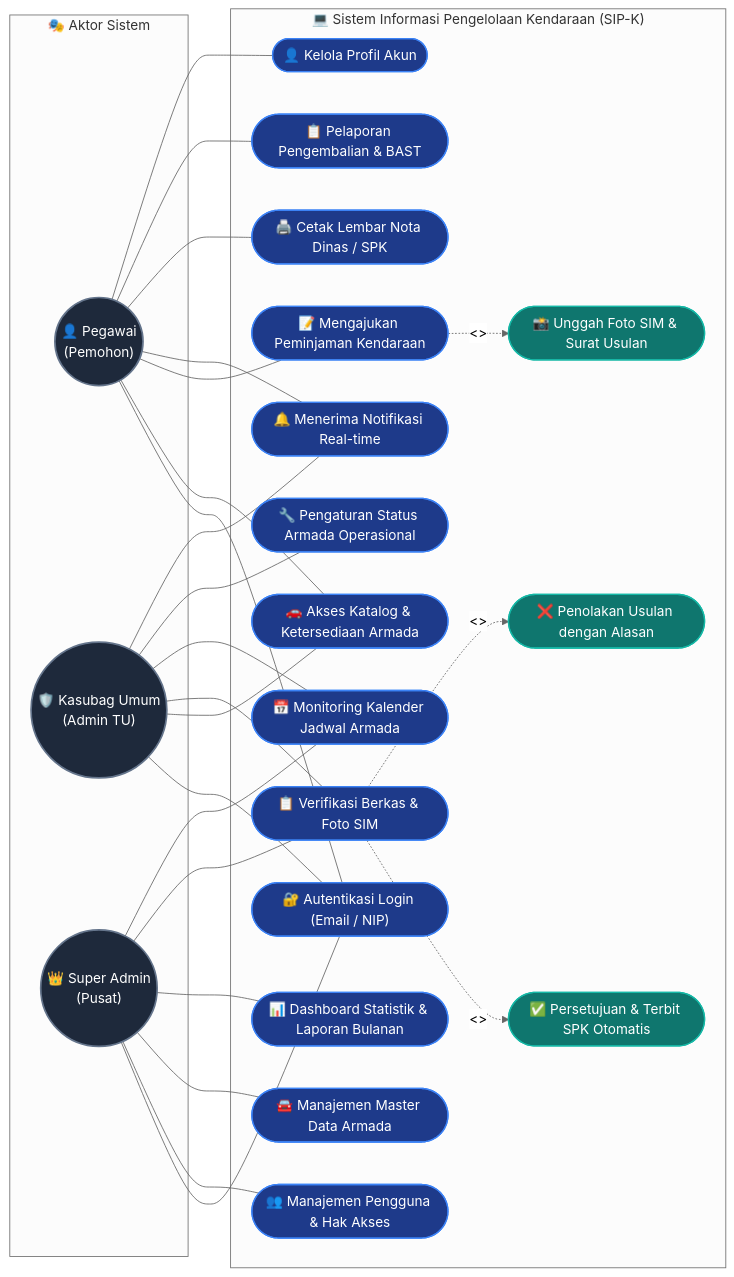
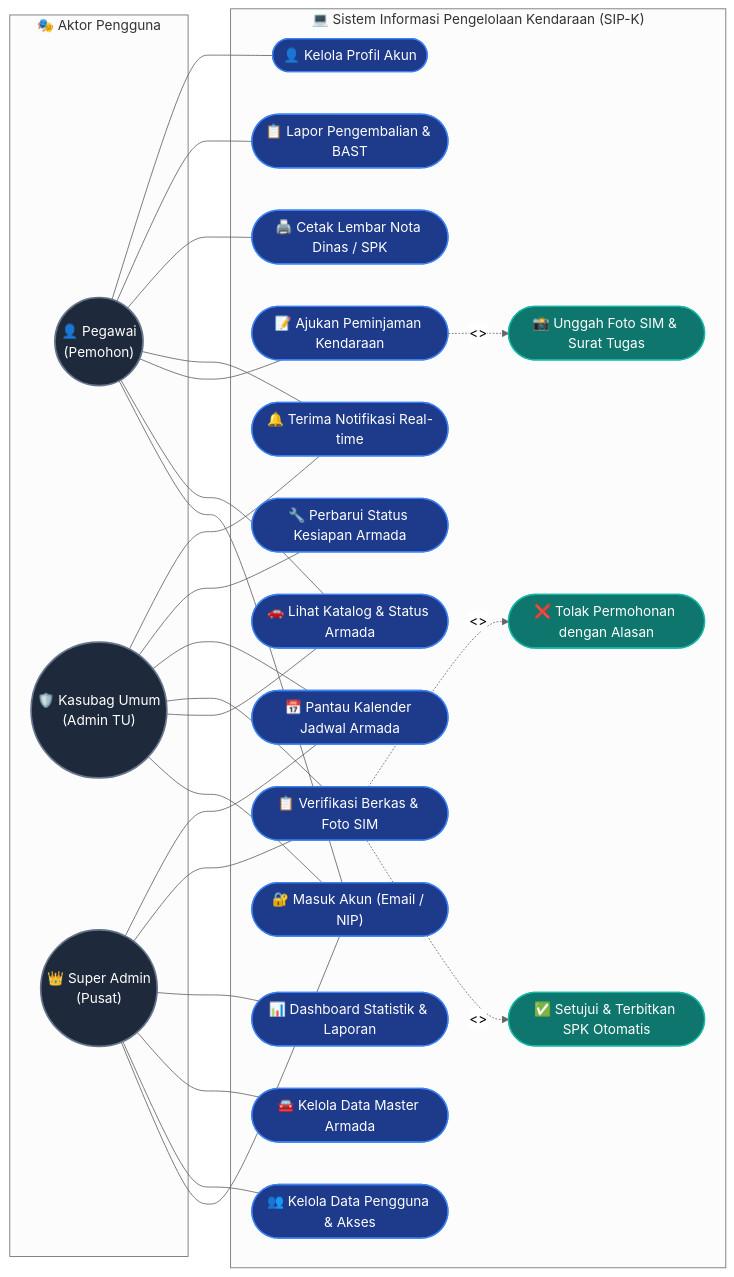
Before and after one commit to ahdewa/Sip-k: the first of 3 diagrams in README.md, drawn with Mermaid (neutral theme). The commit also changed other lines of this file, not shown here.

Commit message:
docs: terjemahkan seluruh diagram dan dokumentasi README ke Bahasa Indonesia baku

````diff
--- a/README.md
+++ b/README.md
@@ -67,69 +67,69 @@
 ```mermaid
 flowchart LR
-    subgraph AKTOR["🎭 Aktor Sistem"]
+    subgraph AKTOR["🎭 Aktor Pengguna"]
         Pegawai(("👤 Pegawai<br/>(Pemohon)"))
         Kasubag(("🛡️ Kasubag Umum<br/>(Admin TU)"))
         SuperAdmin(("👑 Super Admin<br/>(Pusat)"))
     end
 
-    subgraph SYSTEM["💻 Sistem Informasi Pengelolaan Kendaraan (SIP-K)"]
-        UC_Auth(["🔐 Autentikasi Login (Email / NIP)"])
-        UC_Catalog(["🚗 Akses Katalog & Ketersediaan Armada"])
-        UC_Loan(["📝 Mengajukan Peminjaman Kendaraan"])
-        UC_UploadSIM(["📸 Unggah Foto SIM & Surat Usulan"])
-        UC_Notif(["🔔 Menerima Notifikasi Real-time"])
+    subgraph SISTEM["💻 Sistem Informasi Pengelolaan Kendaraan (SIP-K)"]
+        UC_Auth(["🔐 Masuk Akun (Email / NIP)"])
+        UC_Catalog(["🚗 Lihat Katalog & Status Armada"])
+        UC_Loan(["📝 Ajukan Peminjaman Kendaraan"])
+        UC_UploadSIM(["📸 Unggah Foto SIM & Surat Tugas"])
+        UC_Notif(["🔔 Terima Notifikasi Real-time"])
         UC_PrintND(["🖨️ Cetak Lembar Nota Dinas / SPK"])
-        UC_Return(["📋 Pelaporan Pengembalian & BAST"])
+        UC_Return(["📋 Lapor Pengembalian & BAST"])
         UC_Profile(["👤 Kelola Profil Akun"])
 
         UC_Verify(["📋 Verifikasi Berkas & Foto SIM"])
-        UC_Approve(["✅ Persetujuan & Terbit SPK Otomatis"])
-        UC_Reject(["❌ Penolakan Usulan dengan Alasan"])
-        UC_Calendar(["📅 Monitoring Kalender Jadwal Armada"])
-        UC_AssetStatus(["🔧 Pengaturan Status Armada Operasional"])
+        UC_Approve(["✅ Setujui & Terbitkan SPK Otomatis"])
+        UC_Reject(["❌ Tolak Permohonan dengan Alasan"])
+        UC_Calendar(["📅 Pantau Kalender Jadwal Armada"])
+        UC_AssetStatus(["🔧 Perbarui Status Kesiapan Armada"])
 
-        UC_ManageUser(["👥 Manajemen Pengguna & Hak Akses"])
-        UC_ManageVehicle(["🚘 Manajemen Master Data Armada"])
-        UC_Analytics(["📊 Dashboard Statistik & Laporan Bulanan"])
+        UC_ManageUser(["👥 Kelola Data Pengguna & Akses"])
+        UC_ManageVehicle(["🚘 Kelola Data Master Armada"])
+        UC_Analytics(["📊 Dashboard Statistik & Laporan"])
     end
 
     %% Hubungan Pegawai (Pemohon)
     Pegawai --- UC_Auth
     Pegawai --- UC_Catalog
     Pegawai --- UC_Loan
     Pegawai --- UC_Notif
     Pegawai --- UC_PrintND
     Pegawai --- UC_Return
     Pegawai --- UC_Profile
 
-    %% Include relasi peminjaman
-    UC_Loan -.->|"<<include>>"| UC_UploadSIM
+    %% Relasi include peminjaman
+    UC_Loan -.->|"<<meliputi>>"| UC_UploadSIM
 
-    %% Hubungan Kasubag Umum (Admin)
+    %% Hubungan Kasubag Umum (Admin TU)
     Kasubag --- UC_Auth
     Kasubag --- UC_Catalog
     Kasubag --- UC_Verify
     Kasubag --- UC_Calendar
     Kasubag --- UC_AssetStatus
     Kasubag --- UC_Notif
 
-    %% Include relasi verifikasi
-    UC_Verify -.->|"<<include>>"| UC_Approve
-    UC_Verify -.->|"<<include>>"| UC_Reject
+    %% Relasi include verifikasi
+    UC_Verify -.->|"<<meliputi>>"| UC_Approve
+    UC_Verify -.->|"<<meliputi>>"| UC_Reject
 
     %% Hubungan Super Administrator (Pusat)
     SuperAdmin --- UC_Auth
     SuperAdmin --- UC_ManageUser
     SuperAdmin --- UC_ManageVehicle
     SuperAdmin --- UC_Analytics
     SuperAdmin --- UC_Verify
     SuperAdmin --- UC_Calendar
 
     classDef actor fill:#1E293B,stroke:#64748B,stroke-width:2px,color:#fff;
     classDef usecase fill:#1E3A8A,stroke:#3B82F6,stroke-width:1.5px,color:#fff;
     classDef includeUC fill:#0F766E,stroke:#14B8A6,stroke-width:1.5px,color:#fff;
 
     class Pegawai,Kasubag,SuperAdmin actor;
     class UC_Auth,UC_Catalog,UC_Loan,UC_Notif,UC_PrintND,UC_Return,UC_Profile,UC_Verify,UC_Calendar,UC_AssetStatus,UC_ManageUser,UC_ManageVehicle,UC_Analytics usecase;
     class UC_UploadSIM,UC_Approve,UC_Reject includeUC;
 ```
````
